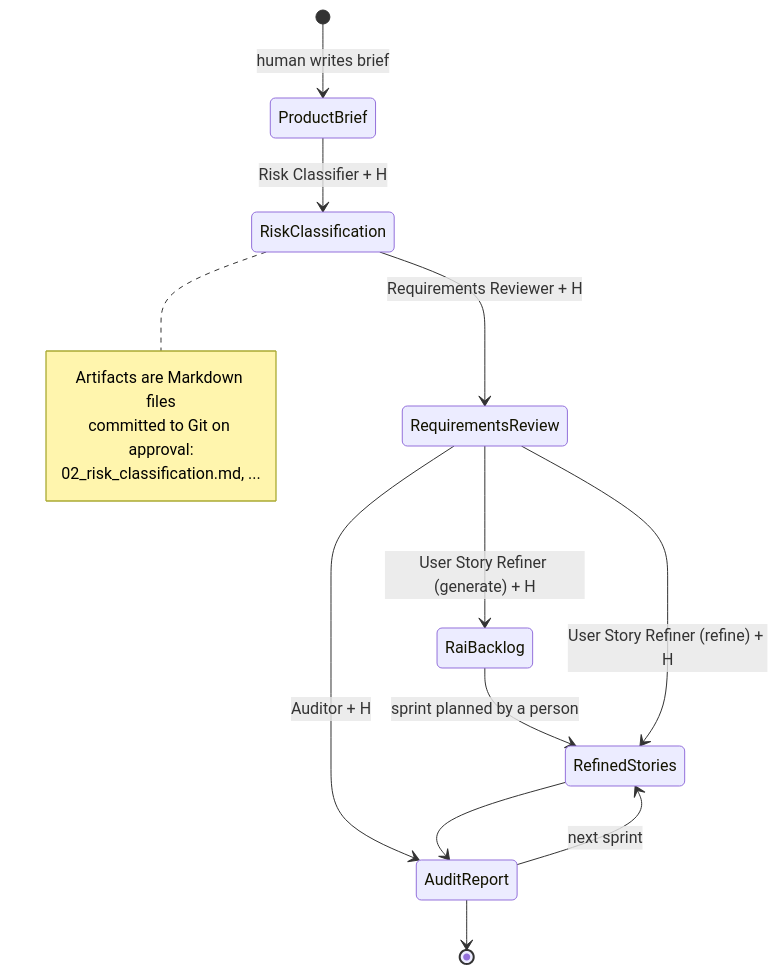
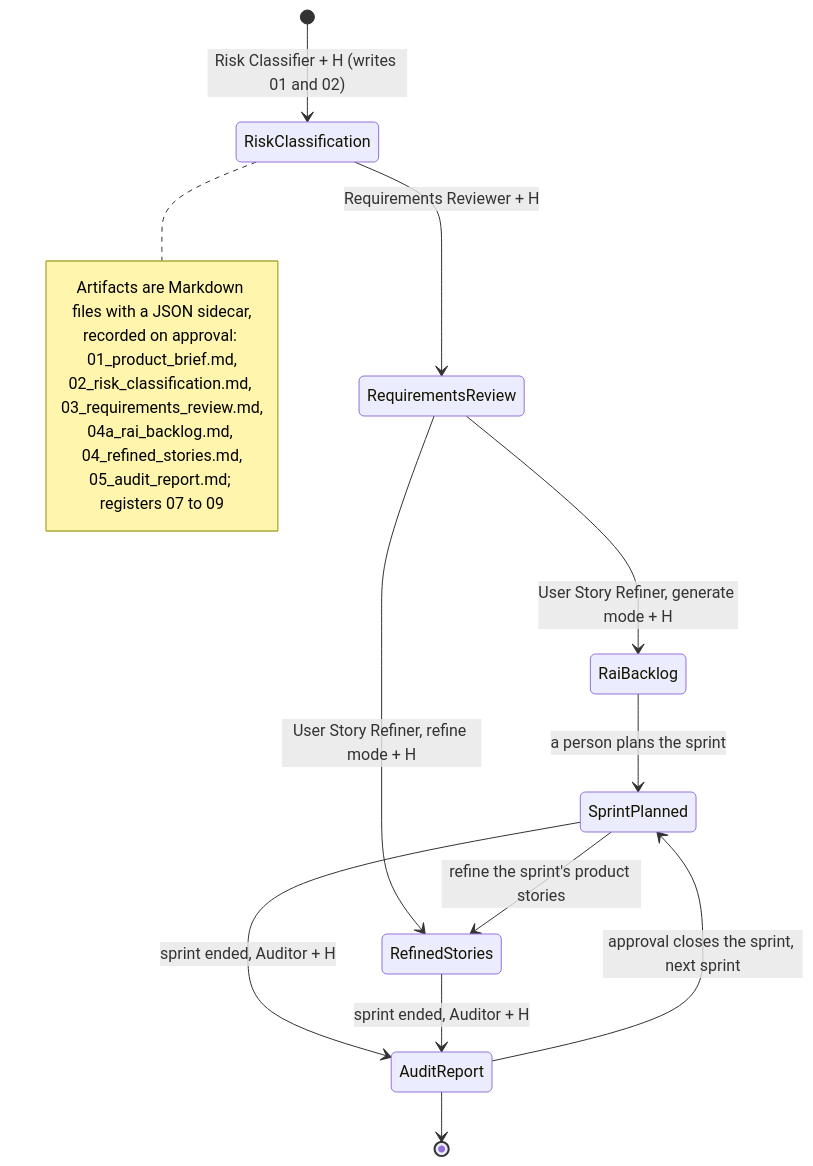
One commit to DiogoCampanha/raia changed diagram 12 of 12 in docs/architecture.md. Above: the diagram before and after it, drawn with Mermaid. The commit also changed other lines of this file and 16 other files, not shown here.

````diff
--- a/docs/architecture.md
+++ b/docs/architecture.md
@@ -465,19 +624,21 @@
 ```mermaid
 stateDiagram-v2
-    [*] --> ProductBrief : human writes brief
-    ProductBrief --> RiskClassification : Risk Classifier + H
+    [*] --> RiskClassification : Risk Classifier + H (writes 01 and 02)
     RiskClassification --> RequirementsReview : Requirements Reviewer + H
-    RequirementsReview --> RaiBacklog : User Story Refiner (generate) + H
-    RaiBacklog --> RefinedStories : sprint planned by a person
-    RequirementsReview --> RefinedStories : User Story Refiner (refine) + H
-    RequirementsReview --> AuditReport : Auditor + H
-    AuditReport --> RefinedStories : next sprint
-    RefinedStories --> AuditReport
+    RequirementsReview --> RaiBacklog : User Story Refiner, generate mode + H
+    RaiBacklog --> SprintPlanned : a person plans the sprint
+    RequirementsReview --> RefinedStories : User Story Refiner, refine mode + H
+    SprintPlanned --> RefinedStories : refine the sprint's product stories
+    SprintPlanned --> AuditReport : sprint ended, Auditor + H
+    RefinedStories --> AuditReport : sprint ended, Auditor + H
+    AuditReport --> SprintPlanned : approval closes the sprint, next sprint
     AuditReport --> [*]
 
     note right of RiskClassification
-        Artifacts are Markdown files
-        committed to Git on approval:
-        02_risk_classification.md, ...
+        Artifacts are Markdown files with a JSON sidecar,
+        recorded on approval: 01_product_brief.md,
+        02_risk_classification.md, 03_requirements_review.md,
+        04a_rai_backlog.md, 04_refined_stories.md,
+        05_audit_report.md; registers 07 to 09
     end note
 ```
````
